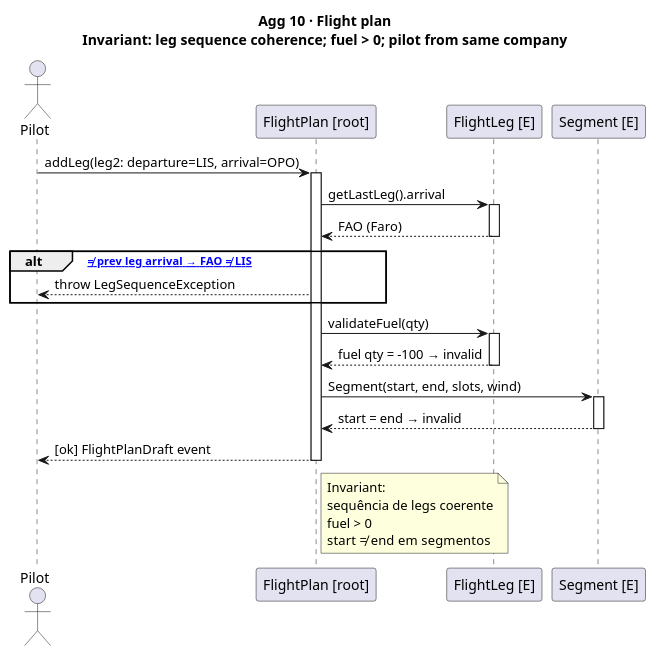
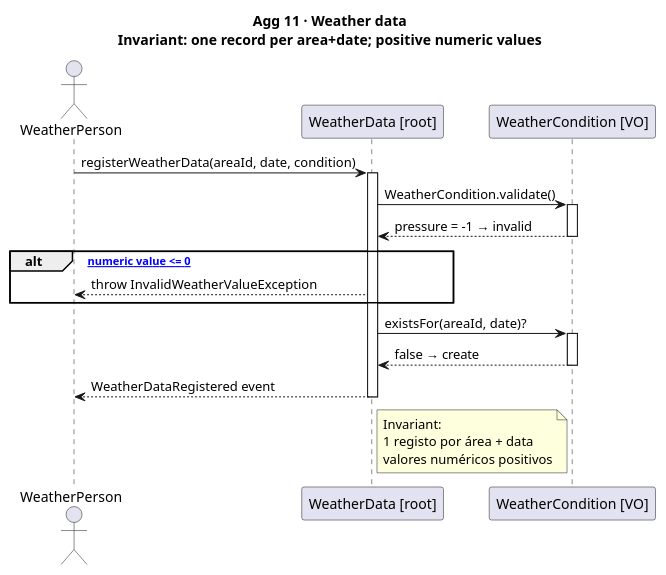
Before and after one commit to DuartePinto1240/sem4pi2526-sem4pi2526_2da2: the diagram in docs/Agg10.puml, drawn with PlantUML. The commit also changed 12 other files, not shown here.

```diff
--- a/docs/Agg10.puml
+++ b/docs/Agg10.puml
@@ -1,42 +1,35 @@
-@startuml US011_Agg10_FlightPlan
-title Agg 10 · Flight plan\nInvariant: leg sequence coherence; fuel > 0; pilot from same company
+@startuml US011_Agg11_WeatherData
+title Agg 11 · Weather data\nInvariant: one record per area+date; positive numeric values
 
-actor Pilot
-participant "FlightPlan [root]" as FP
-participant "FlightLeg [E]" as Leg
-participant "Segment [E]" as Seg
+actor "WeatherPerson" as WP
+participant "WeatherData [root]" as WD
+participant "WeatherCondition [VO]" as WC
 
-Pilot -> FP : addLeg(leg2: departure=LIS, arrival=OPO)
-activate FP
+WP -> WD : registerWeatherData(areaId, date, condition)
+activate WD
 
-FP -> Leg : getLastLeg().arrival
-activate Leg
-Leg --> FP : FAO (Faro)
-deactivate Leg
+WD -> WC : WeatherCondition.validate()
+activate WC
+WC --> WD : pressure = -1 → invalid
+deactivate WC
 
-alt [leg2.departure ≠ prev leg arrival → FAO ≠ LIS]
-    FP --> Pilot : throw LegSequenceException
+alt [any numeric value <= 0]
+    WD --> WP : throw InvalidWeatherValueException
 end
 
-FP -> Leg : validateFuel(qty)
-activate Leg
-Leg --> FP : fuel qty = -100 → invalid
-deactivate Leg
+WD -> WC : existsFor(areaId, date)?
+activate WC
+WC --> WD : false → create
+deactivate WC
 
-FP -> Seg : Segment(start, end, slots, wind)
-activate Seg
-Seg --> FP : start = end → invalid
-deactivate Seg
+WD --> WP : WeatherDataRegistered event
 
-FP --> Pilot : [ok] FlightPlanDraft event
+deactivate WD
 
-deactivate FP
-
-note right of FP
+note right of WD
   Invariant:
-  sequência de legs coerente
-  fuel > 0
-  start ≠ end em segmentos
+  1 registo por área + data
+  valores numéricos positivos
 end note
 
 @enduml
```
